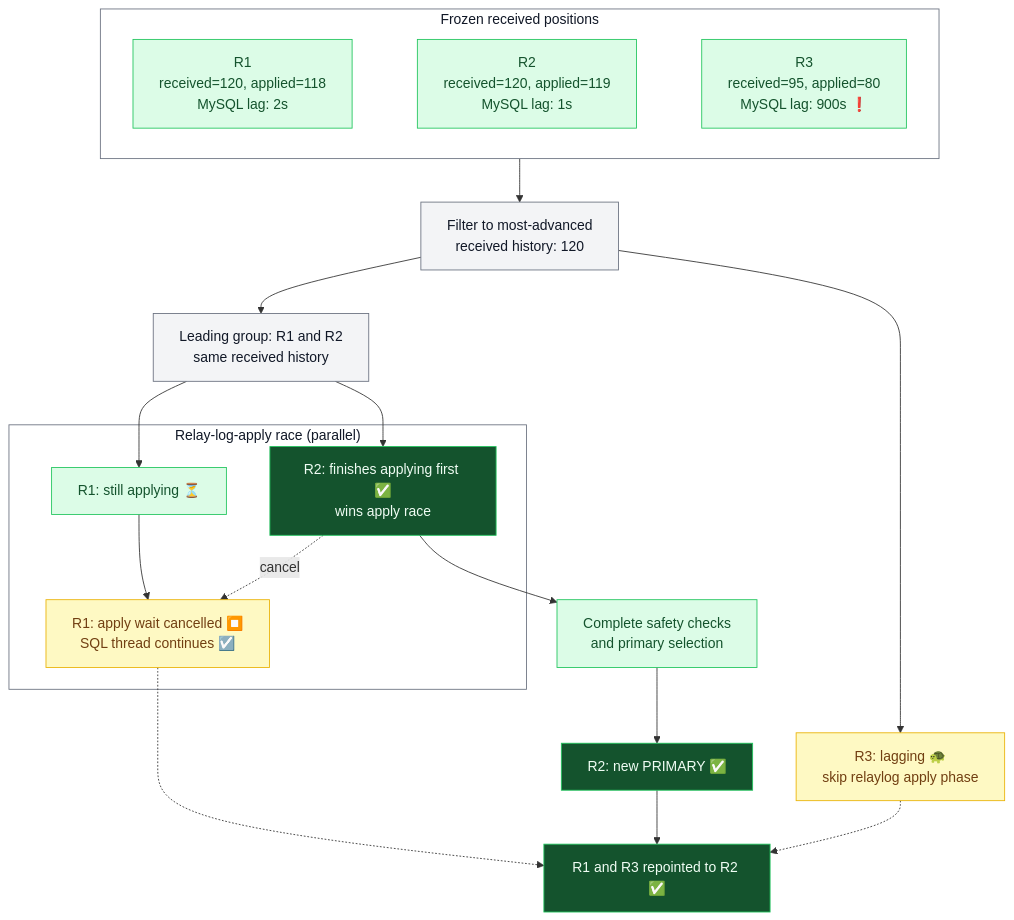
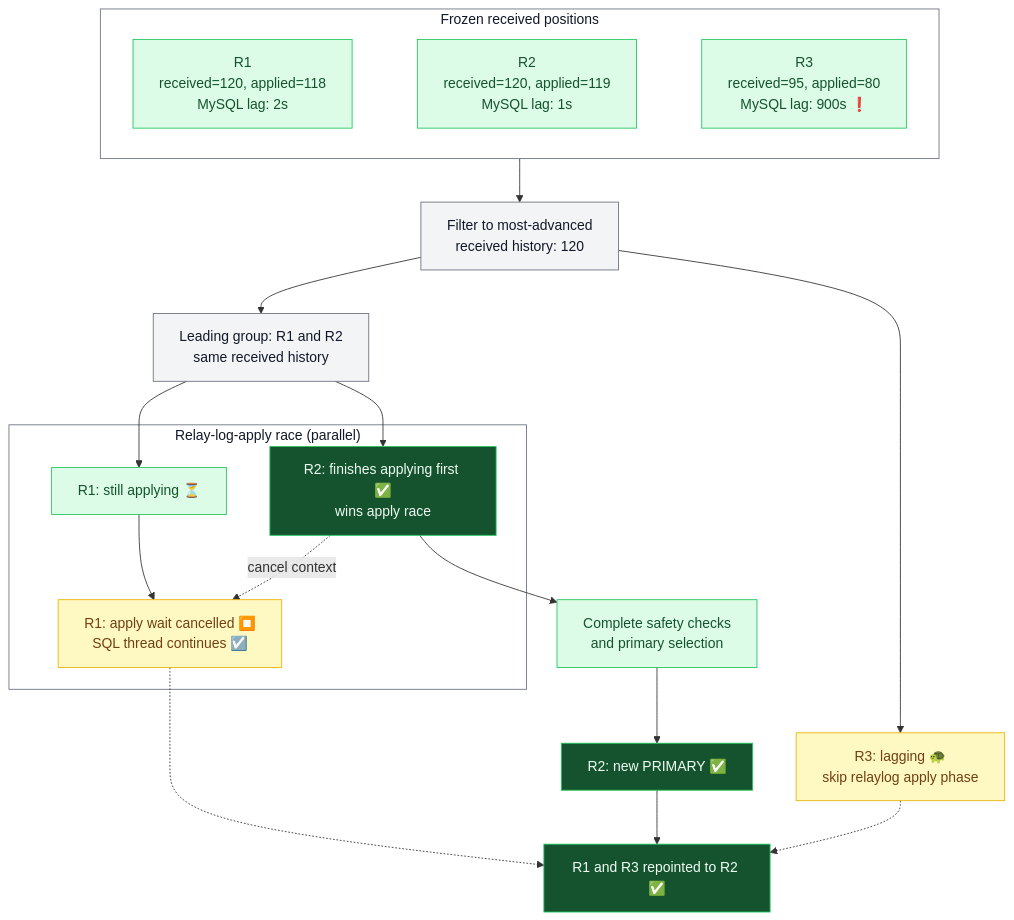
The third of 3 diagrams in content/en/blog/2026-09-23-hardening-emergency-reparent-shard.md (vitessio/website), drawn with Mermaid before and after one commit. The commit also changed other lines of this file, not shown here.

Commit message:
Clarify ERS revocation safety and cancellation label

````diff
--- a/content/en/blog/2026-09-23-hardening-emergency-reparent-shard.md
+++ b/content/en/blog/2026-09-23-hardening-emergency-reparent-shard.md
@@ -102,39 +102,39 @@
 ```mermaid
 graph TD
     subgraph Positions["Frozen received positions"]
         direction LR
         R1["R1<br/>received=120, applied=118<br/>MySQL lag: 2s"]
         R2["R2<br/>received=120, applied=119<br/>MySQL lag: 1s"]
         R3["R3<br/>received=95, applied=80<br/>MySQL lag: 900s ❗"]
         R1 ~~~ R2 ~~~ R3
     end
 
     Positions --> Filter["Filter to most-advanced<br/>received history: 120"]
     Filter --> Leading["Leading group: R1 and R2<br/>same received history"]
     Filter --> Skipped["R3: lagging 🐢<br/>skip relaylog apply phase"]
 
     Leading --> ApplyR1
     Leading --> ApplyR2
     subgraph Race["Relay-log-apply race (parallel)"]
         ApplyR1["R1: still applying ⏳"]
         ApplyR2["R2: finishes applying first ✅<br/>wins apply race"]
         ApplyR1 --> Cancelled["R1: apply wait cancelled ⏹️<br/>SQL thread continues ☑️"]
-        ApplyR2 -. cancel .-> Cancelled
+        ApplyR2 -. cancel context .-> Cancelled
     end
 
     ApplyR2 --> Checks["Complete safety checks<br/>and primary selection"]
     Checks --> Primary["R2: new PRIMARY ✅"]
     Primary --> Repoint["R1 and R3 repointed to R2 ✅"]
     Cancelled -.-> Repoint
     Skipped -.-> Repoint
 
     classDef default fill:#f3f4f6,stroke:#6b7280,color:#111827
     classDef healthy fill:#dcfce7,stroke:#22c55e,color:#14532d
     classDef warning fill:#fef9c3,stroke:#eab308,color:#713f12
     classDef completed fill:#14532d,stroke:#22c55e,color:#f0fdf4
     class R1,R2,R3,ApplyR1,Checks healthy
     class Skipped,Cancelled warning
     class ApplyR2,Primary,Repoint completed
     style Positions fill:#ffffff,stroke:#6b7280,color:#111827
     style Race fill:#ffffff,stroke:#6b7280,color:#111827
 ```
````
